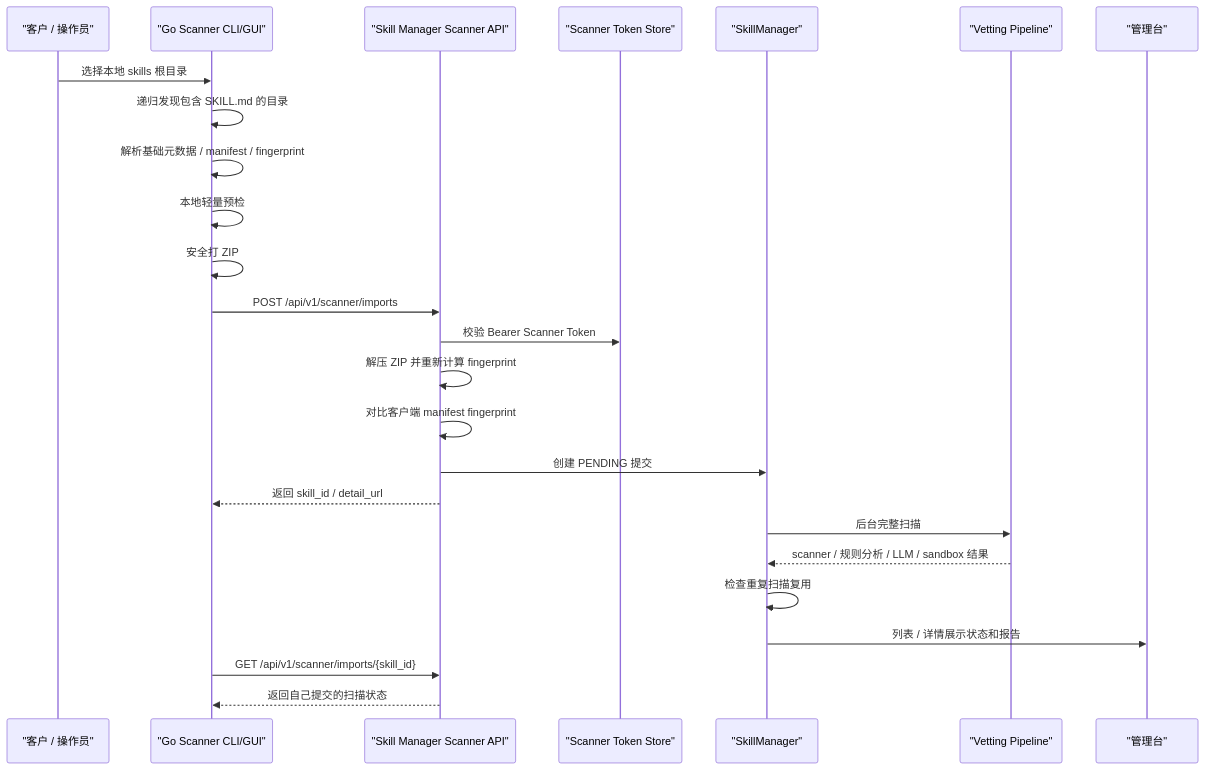
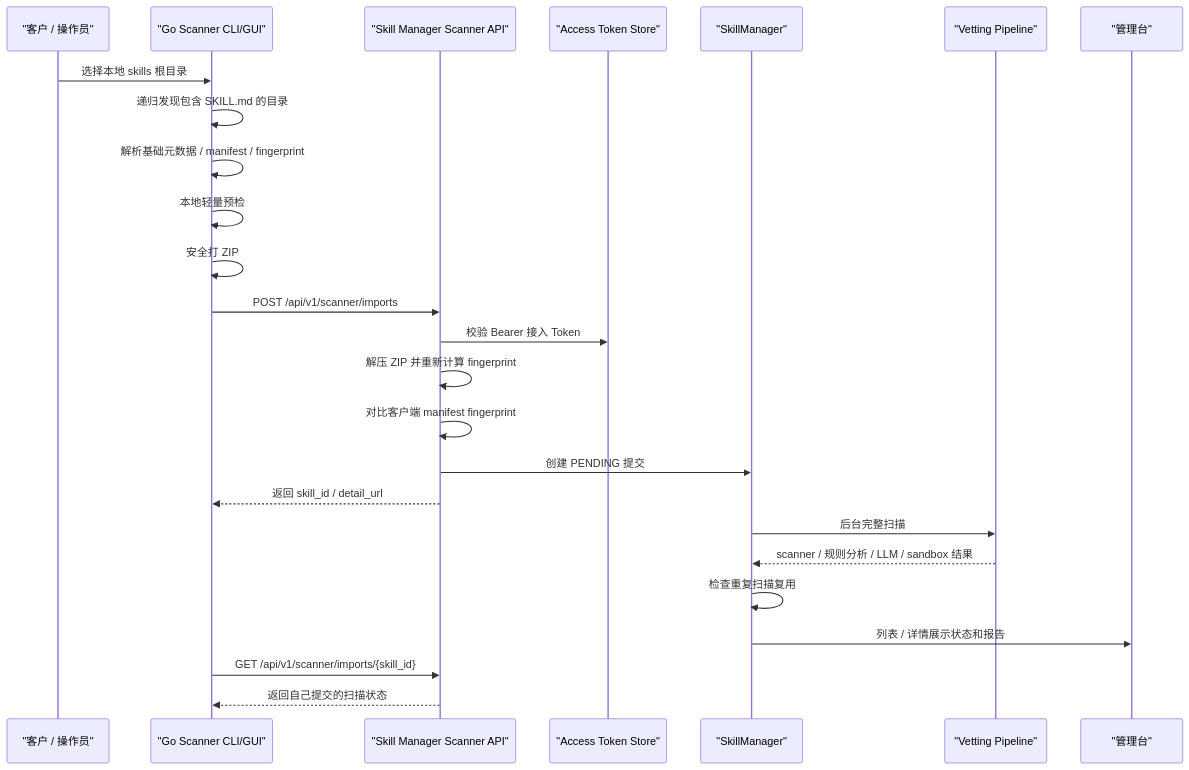
The diagram in docs/skill-scanner.md (HuangLuGuang/skill-manager), drawn with Mermaid before and after one commit. The commit also changed other lines of this file and 20 other files, not shown here.

````diff
--- a/docs/skill-scanner.md
+++ b/docs/skill-scanner.md
@@ -27,28 +27,28 @@
 ```mermaid
 sequenceDiagram
     participant User as "客户 / 操作员"
     participant Scanner as "Go Scanner CLI/GUI"
     participant API as "Skill Manager Scanner API"
-    participant Token as "Scanner Token Store"
+    participant Token as "Access Token Store"
     participant Mgr as "SkillManager"
     participant Vet as "Vetting Pipeline"
     participant UI as "管理台"
 
     User->>Scanner: 选择本地 skills 根目录
     Scanner->>Scanner: 递归发现包含 SKILL.md 的目录
     Scanner->>Scanner: 解析基础元数据 / manifest / fingerprint
     Scanner->>Scanner: 本地轻量预检
     Scanner->>Scanner: 安全打 ZIP
     Scanner->>API: POST /api/v1/scanner/imports
-    API->>Token: 校验 Bearer Scanner Token
+    API->>Token: 校验 Bearer 接入 Token
     API->>API: 解压 ZIP 并重新计算 fingerprint
     API->>API: 对比客户端 manifest fingerprint
     API->>Mgr: 创建 PENDING 提交
     API-->>Scanner: 返回 skill_id / detail_url
     Mgr->>Vet: 后台完整扫描
     Vet-->>Mgr: scanner / 规则分析 / LLM / sandbox 结果
     Mgr->>Mgr: 检查重复扫描复用
     Mgr->>UI: 列表 / 详情展示状态和报告
     Scanner->>API: GET /api/v1/scanner/imports/{skill_id}
     API-->>Scanner: 返回自己提交的扫描状态
 ```
````
